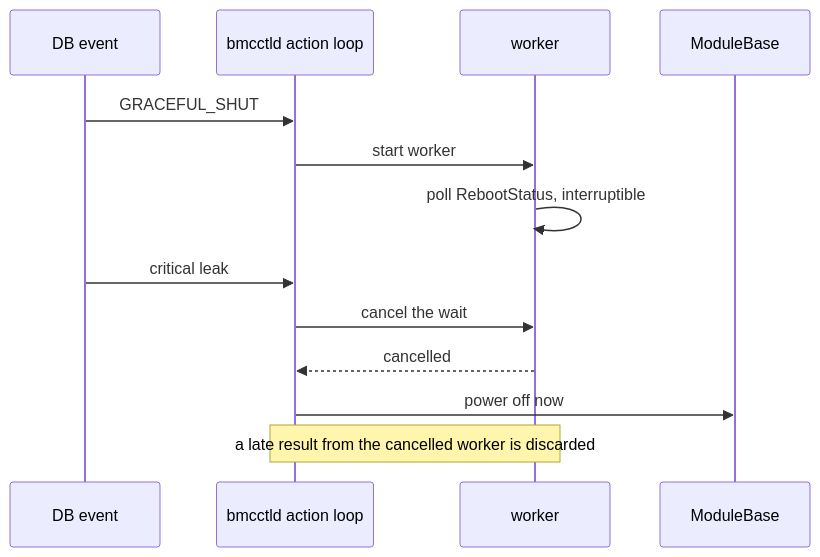
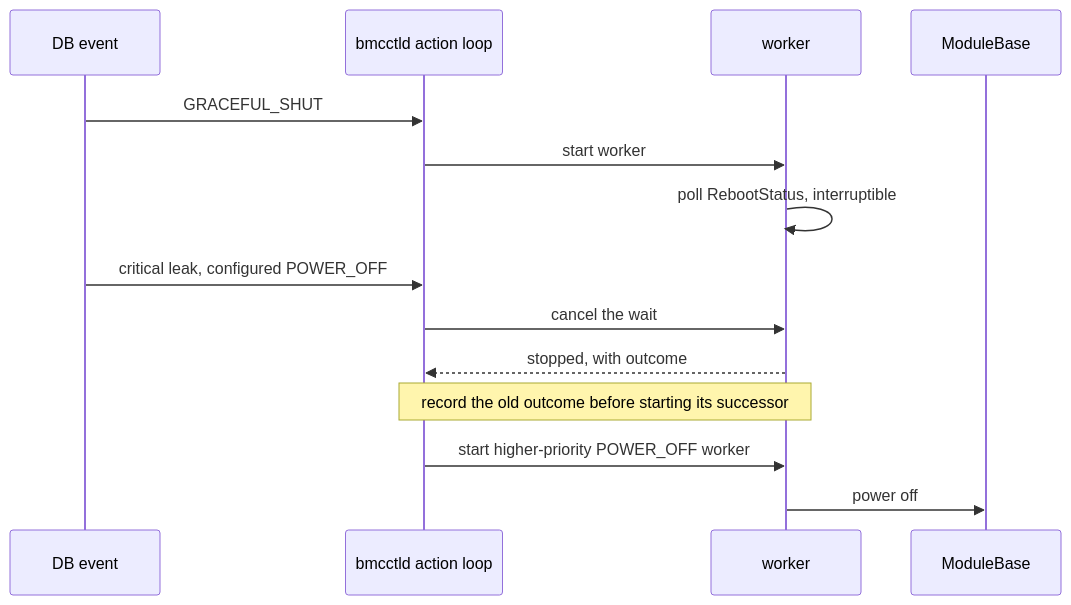
One commit to sonic-net/SONiC changed the fifth of 5 diagrams in doc/bmc/graceful-shutdown/switch-host-graceful-shutdown-hld.md. Above: the diagram before and after it, drawn with Mermaid. The commit also changed other lines of this file, not shown here.

````diff
--- a/doc/bmc/graceful-shutdown/switch-host-graceful-shutdown-hld.md
+++ b/doc/bmc/graceful-shutdown/switch-host-graceful-shutdown-hld.md
@@ -510,15 +522,16 @@
 ```mermaid
 sequenceDiagram
     participant S as DB event
     participant D as bmcctld action loop
     participant W as worker
     participant M as ModuleBase
     S->>D: GRACEFUL_SHUT
     D->>W: start worker
     W->>W: poll RebootStatus, interruptible
-    S->>D: critical leak
+    S->>D: critical leak, configured POWER_OFF
     D->>W: cancel the wait
-    W-->>D: cancelled
-    D->>M: power off now
-    Note over D,W: a late result from the cancelled worker is discarded
+    W-->>D: stopped, with outcome
+    Note over D,W: record the old outcome before starting its successor
+    D->>W: start higher-priority POWER_OFF worker
+    W->>M: power off
 ```
````
